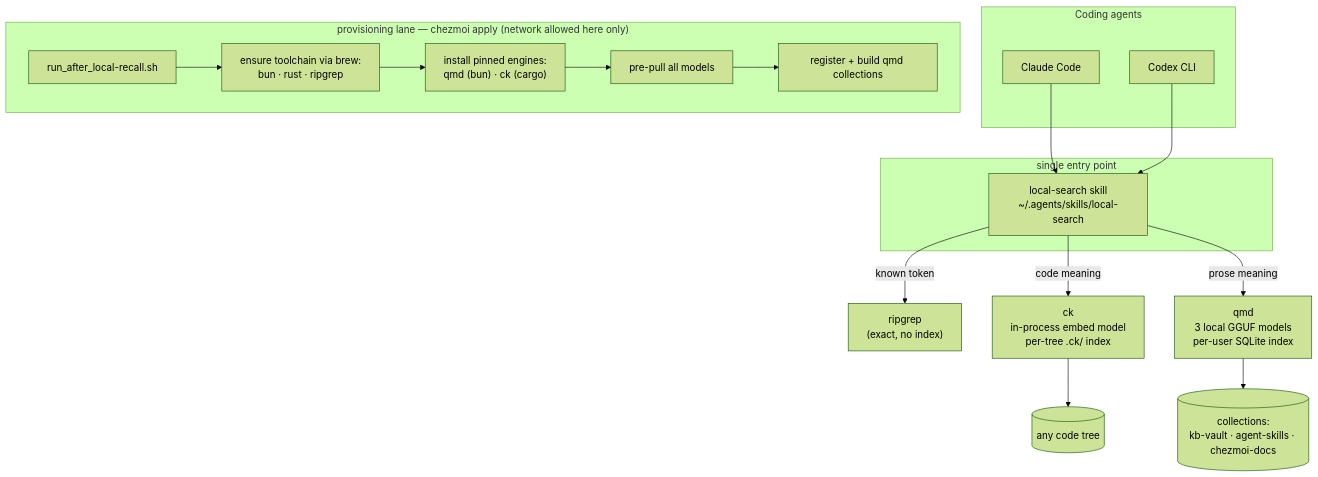
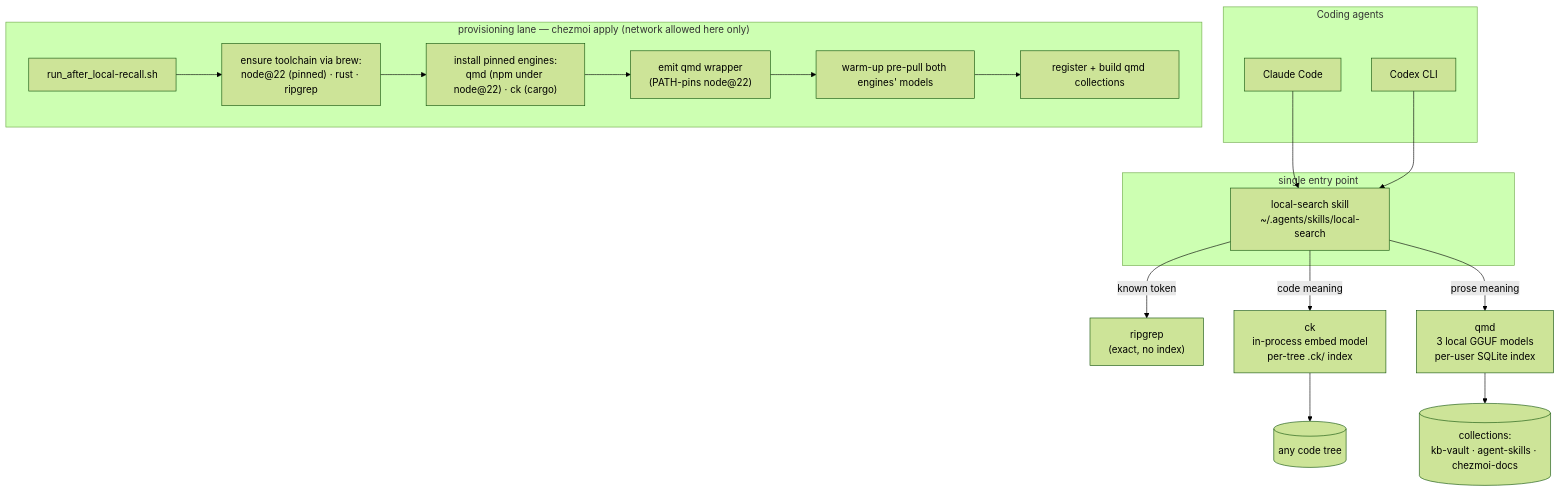
Before and after one commit to mynghn/dotfiles: the diagram in docs/features/0001-local-recall-search/design.md, drawn with Mermaid (forest theme). The commit also changed other lines of this file and 5 other files, not shown here.

First line of the commit message:
local-recall: provision the offline recall-search query lane

````diff
--- a/docs/features/0001-local-recall-search/design.md
+++ b/docs/features/0001-local-recall-search/design.md
@@ -8,24 +8,25 @@
 ```mermaid
 flowchart TB
     subgraph agents["Coding agents"]
         CC["Claude Code"]
         CX["Codex CLI"]
     end
     subgraph entry["single entry point"]
         SKILL["local-search skill<br/>~/.agents/skills/local-search"]
     end
     CC --> SKILL
     CX --> SKILL
     SKILL -->|"known token"| RG["ripgrep<br/>(exact, no index)"]
     SKILL -->|"code meaning"| CK["ck<br/>in-process embed model<br/>per-tree .ck/ index"]
     SKILL -->|"prose meaning"| QMD["qmd<br/>3 local GGUF models<br/>per-user SQLite index"]
     CK --> TREES[("any code tree")]
     QMD --> CORP[("collections:<br/>kb-vault · agent-skills · chezmoi-docs")]
 
     subgraph prov["provisioning lane — chezmoi apply (network allowed here only)"]
-        RA["run_after_local-recall.sh"] --> TC["ensure toolchain via brew:<br/>bun · rust · ripgrep"]
-        TC --> ENG["install pinned engines:<br/>qmd (bun) · ck (cargo)"]
-        ENG --> MODELS["pre-pull all models"]
+        RA["run_after_local-recall.sh"] --> TC["ensure toolchain via brew:<br/>node@22 (pinned) · rust · ripgrep"]
+        TC --> ENG["install pinned engines:<br/>qmd (npm under node@22) · ck (cargo)"]
+        ENG --> WRAP["emit qmd wrapper<br/>(PATH-pins node@22)"]
+        WRAP --> MODELS["warm-up pre-pull both engines' models"]
         MODELS --> IDX["register + build qmd collections"]
     end
 ```
````
